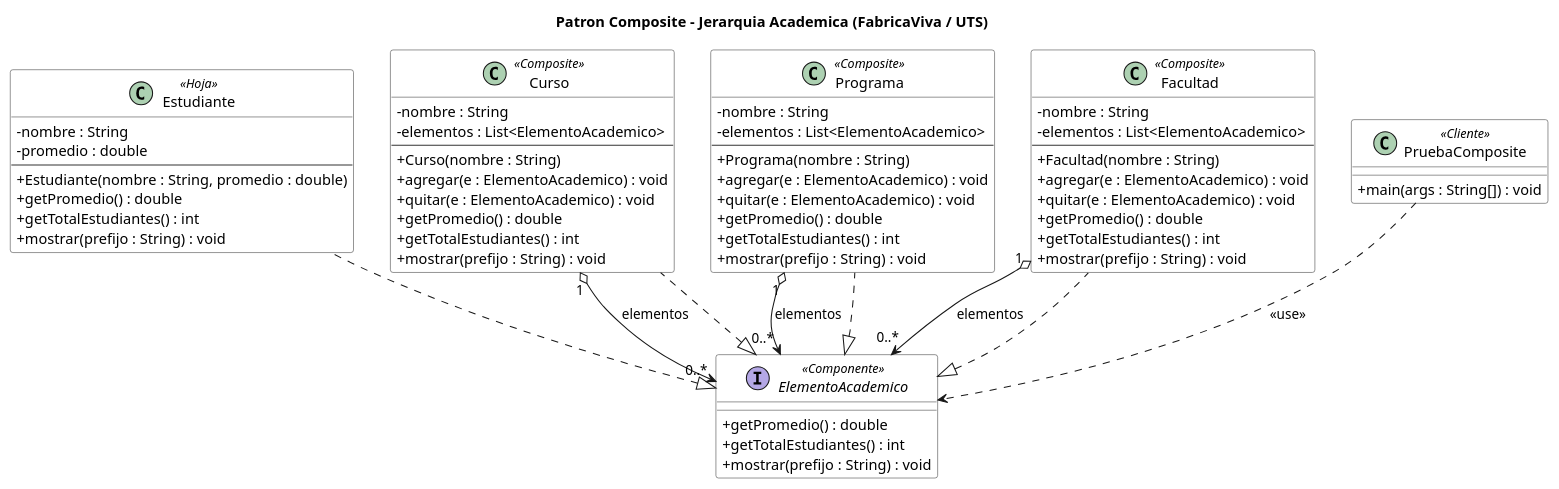
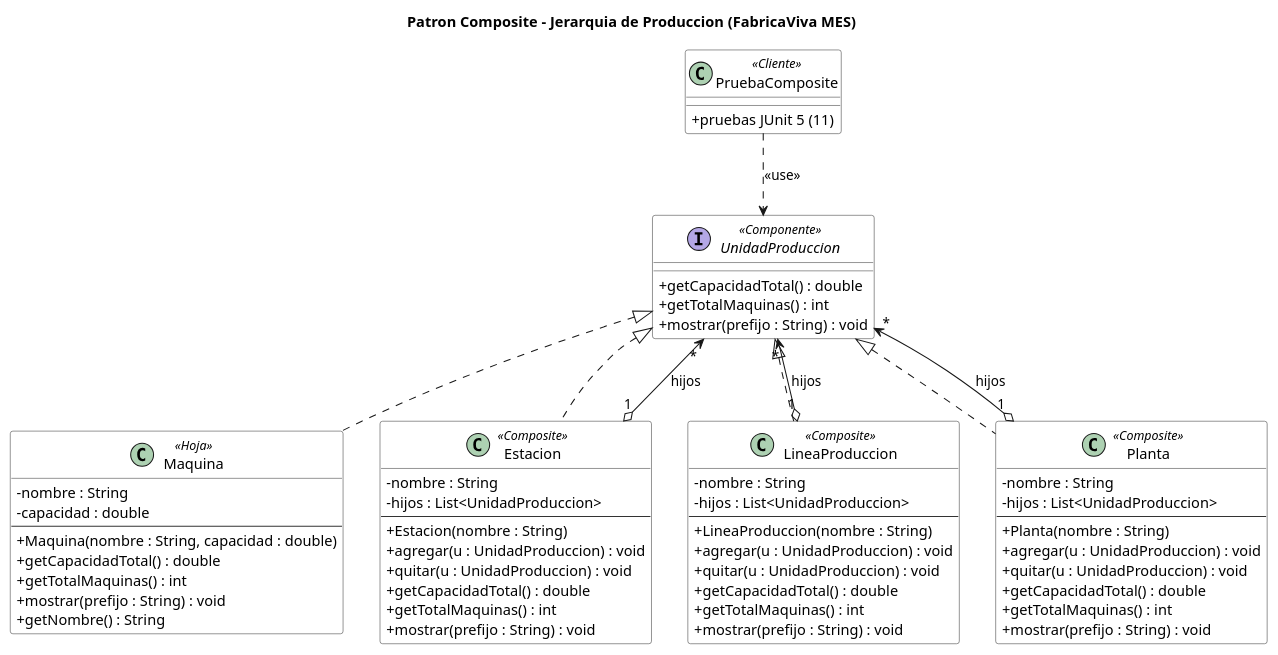
Before and after one commit to GabrielOrtega01/mes-production-system: the diagram in docs/uml/08-composite.puml, drawn with PlantUML. The commit also changed 33 other files, not shown here.

First line of the commit message:
Actividad Semana 8: reimplementar Composite y Decorator en dominio FabricaViva

```diff
--- a/docs/uml/08-composite.puml
+++ b/docs/uml/08-composite.puml
@@ -1,86 +1,82 @@
 @startuml
-title Patron Composite - Jerarquia Academica (FabricaViva / UTS)
+title Patron Composite - Jerarquia de Produccion (FabricaViva MES)
 
 skinparam classAttributeIconSize 0
 skinparam defaultFontName Arial
 skinparam class {
   BackgroundColor #FFFFFF
   BorderColor #333333
 }
 
-interface ElementoAcademico <<Componente>> {
-  + getPromedio() : double
-  + getTotalEstudiantes() : int
+interface UnidadProduccion <<Componente>> {
+  + getCapacidadTotal() : double
+  + getTotalMaquinas() : int
   + mostrar(prefijo : String) : void
 }
 
-class Estudiante <<Hoja>> {
+class Maquina <<Hoja>> {
   - nombre : String
-  - promedio : double
+  - capacidad : double
   --
-  + Estudiante(nombre : String, promedio : double)
-  + getPromedio() : double
-  + getTotalEstudiantes() : int
+  + Maquina(nombre : String, capacidad : double)
+  + getCapacidadTotal() : double
+  + getTotalMaquinas() : int
+  + mostrar(prefijo : String) : void
+  + getNombre() : String
+}
+
+class Estacion <<Composite>> {
+  - nombre : String
+  - hijos : List<UnidadProduccion>
+  --
+  + Estacion(nombre : String)
+  + agregar(u : UnidadProduccion) : void
+  + quitar(u : UnidadProduccion) : void
+  + getCapacidadTotal() : double
+  + getTotalMaquinas() : int
   + mostrar(prefijo : String) : void
 }
 
-class Curso <<Composite>> {
+class LineaProduccion <<Composite>> {
   - nombre : String
-  - elementos : List<ElementoAcademico>
+  - hijos : List<UnidadProduccion>
   --
-  + Curso(nombre : String)
-  + agregar(e : ElementoAcademico) : void
-  + quitar(e : ElementoAcademico) : void
-  + getPromedio() : double
-  + getTotalEstudiantes() : int
+  + LineaProduccion(nombre : String)
+  + agregar(u : UnidadProduccion) : void
+  + quitar(u : UnidadProduccion) : void
+  + getCapacidadTotal() : double
+  + getTotalMaquinas() : int
   + mostrar(prefijo : String) : void
 }
 
-class Programa <<Composite>> {
+class Planta <<Composite>> {
   - nombre : String
-  - elementos : List<ElementoAcademico>
+  - hijos : List<UnidadProduccion>
   --
-  + Programa(nombre : String)
-  + agregar(e : ElementoAcademico) : void
-  + quitar(e : ElementoAcademico) : void
-  + getPromedio() : double
-  + getTotalEstudiantes() : int
-  + mostrar(prefijo : String) : void
-}
-
-class Facultad <<Composite>> {
-  - nombre : String
-  - elementos : List<ElementoAcademico>
-  --
-  + Facultad(nombre : String)
-  + agregar(e : ElementoAcademico) : void
-  + quitar(e : ElementoAcademico) : void
-  + getPromedio() : double
-  + getTotalEstudiantes() : int
+  + Planta(nombre : String)
+  + agregar(u : UnidadProduccion) : void
+  + quitar(u : UnidadProduccion) : void
+  + getCapacidadTotal() : double
+  + getTotalMaquinas() : int
   + mostrar(prefijo : String) : void
 }
 
 class PruebaComposite <<Cliente>> {
-  + main(args : String[]) : void
+  + pruebas JUnit 5 (11)
 }
 
 ' Realizaciones
-ElementoAcademico <|.. Estudiante
-ElementoAcademico <|.. Curso
-ElementoAcademico <|.. Programa
-ElementoAcademico <|.. Facultad
+UnidadProduccion <|.. Maquina
+UnidadProduccion <|.. Estacion
+UnidadProduccion <|.. LineaProduccion
+UnidadProduccion <|.. Planta
 
-' Composicion recursiva: los composites contienen ElementoAcademico
-Curso      "1" o--> "0..*" ElementoAcademico : elementos
-Programa   "1" o--> "0..*" ElementoAcademico : elementos
-Facultad   "1" o--> "0..*" ElementoAcademico : elementos
+' Composicion recursiva
+Estacion       "1" o--> "*" UnidadProduccion : hijos
+LineaProduccion "1" o--> "*" UnidadProduccion : hijos
+Planta          "1" o--> "*" UnidadProduccion : hijos
 
-' El cliente usa el contrato comun
-PruebaComposite ..> ElementoAcademico : <<use>>
-
-' Orden visual
-Estudiante -[hidden]right- Curso
-Curso      -[hidden]right- Programa
-Programa   -[hidden]right- Facultad
+' Cliente
+PruebaComposite ..> UnidadProduccion : <<use>>
 
 @enduml
```
